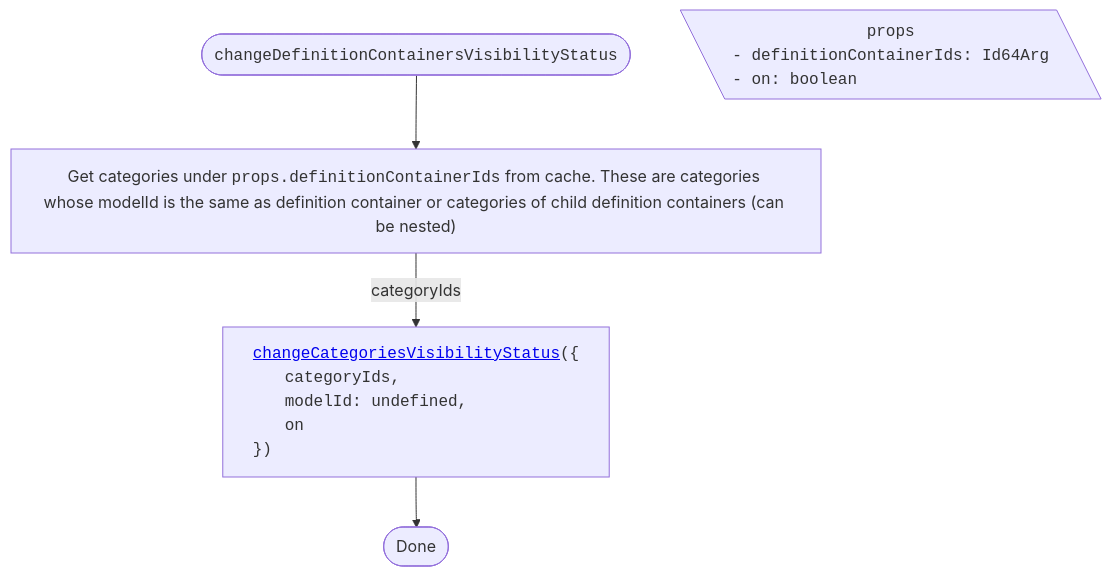
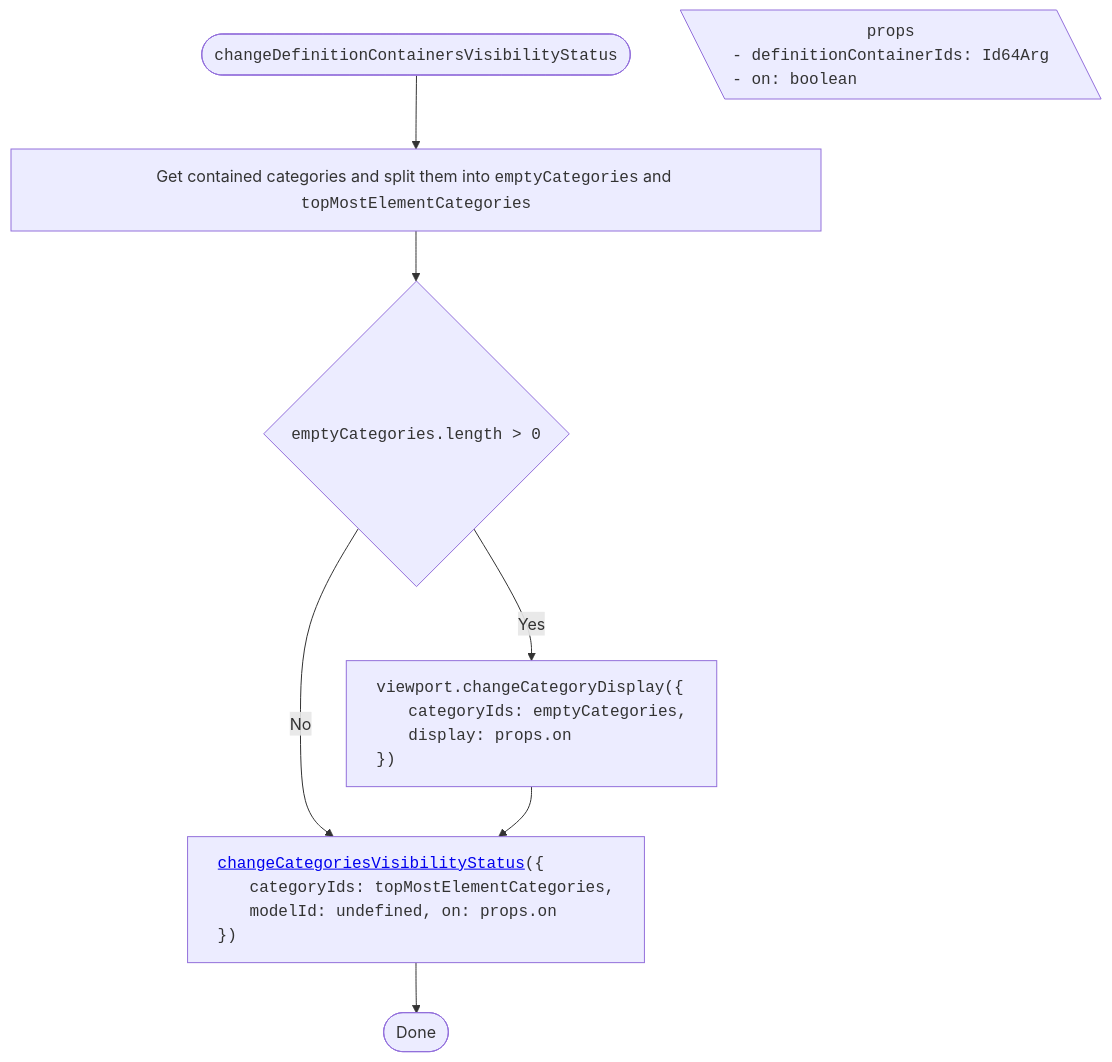
One commit to iTwin/viewer-components-react changed the third of 6 diagrams in packages/itwin/tree-widget/docs/CategoriesTreeVisibilityHandling.md. Above: the diagram before and after it, drawn with Mermaid. The commit also changed other lines of this file and 4 other files, not shown here.

Commit message:
[Tree widget]: update mermaid diagrams on `next`

````diff
--- a/packages/itwin/tree-widget/docs/CategoriesTreeVisibilityHandling.md
+++ b/packages/itwin/tree-widget/docs/CategoriesTreeVisibilityHandling.md
@@ -67,26 +117,31 @@
 ```mermaid
 ---
 config:
   flowchart:
     wrappingWidth: 750
     useMaxWidth: false
 ---
 
 flowchart TD
   RESULT_Done([Done])
 
   %% Start
-  TITLE(["<span style='font-family: monospace;'>changeDefinitionContainersVisibilityStatus</span>"]) --> A["Get categories under <span style='font-family: monospace;'>props.definitionContainerIds</span> from cache. These are categories whose modelId is the same as definition container or categories of child definition containers (can be nested)"]
+  TITLE(["<span style='font-family: monospace;'>changeDefinitionContainersVisibilityStatus</span>"]) --> A["Get contained categories and split them into <span style='font-family: monospace;'>emptyCategories</span> and <span style='font-family: monospace;'>topMostElementCategories</span>"]
 
   PROPS[\"
     <span style='font-family: monospace;'>props</span>
     <span style='display: block; text-align: left; font-family: monospace;'>- definitionContainerIds: Id64Arg<br/>- on: boolean</span>
   "\]
 
-  A -- categoryIds --> B["<div style='text-align: left; font-family: monospace;'><a href='./SharedVisibilityHandling.md#changecategoriesvisibilitystatus'>changeCategoriesVisibilityStatus</a>({
-    <span style='padding-left: 2rem;'>categoryIds,</span>
-    <span style='padding-left: 2rem;'>modelId: undefined,</span>
-    <span style='padding-left: 2rem;'>on</span>
+  A --> B{"<span style='font-family: monospace;'>emptyCategories.length > 0</span>"}
+  B -- Yes --> B1["<div style='text-align: left; font-family: monospace;'>viewport.changeCategoryDisplay({
+    <span style='padding-left: 2rem;'>categoryIds: emptyCategories,</span>
+    <span style='padding-left: 2rem;'>display: props.on</span>
     })</div>"]
-  B --> RESULT_Done
+  B -- No --> C
+  B1 --> C["<div style='text-align: left; font-family: monospace;'><a href='./SharedVisibilityHandling.md#changecategoriesvisibilitystatus'>changeCategoriesVisibilityStatus</a>({
+    <span style='padding-left: 2rem;'>categoryIds: topMostElementCategories,</span>
+    <span style='padding-left: 2rem;'>modelId: undefined, on: props.on</span>
+    })</div>"]
+  C --> RESULT_Done
 ```
````
